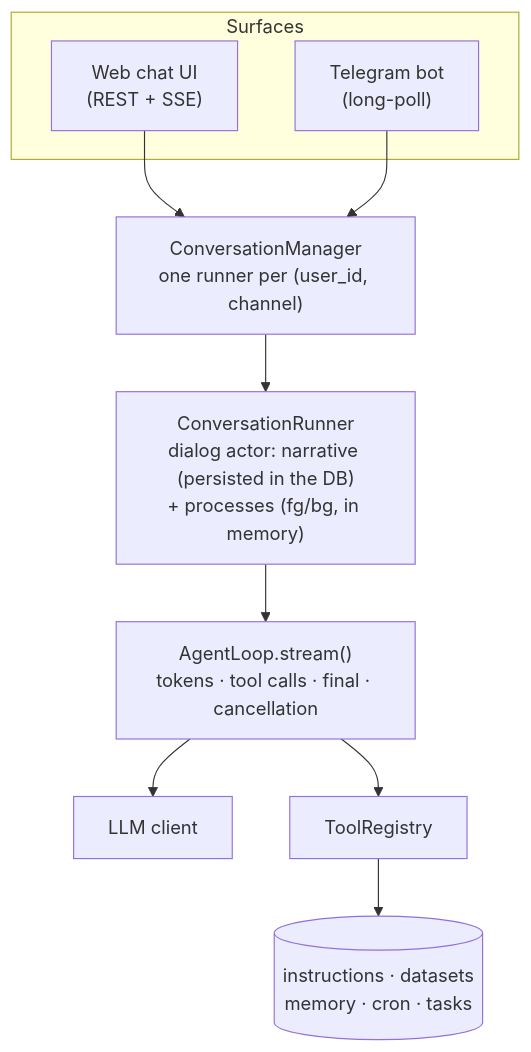
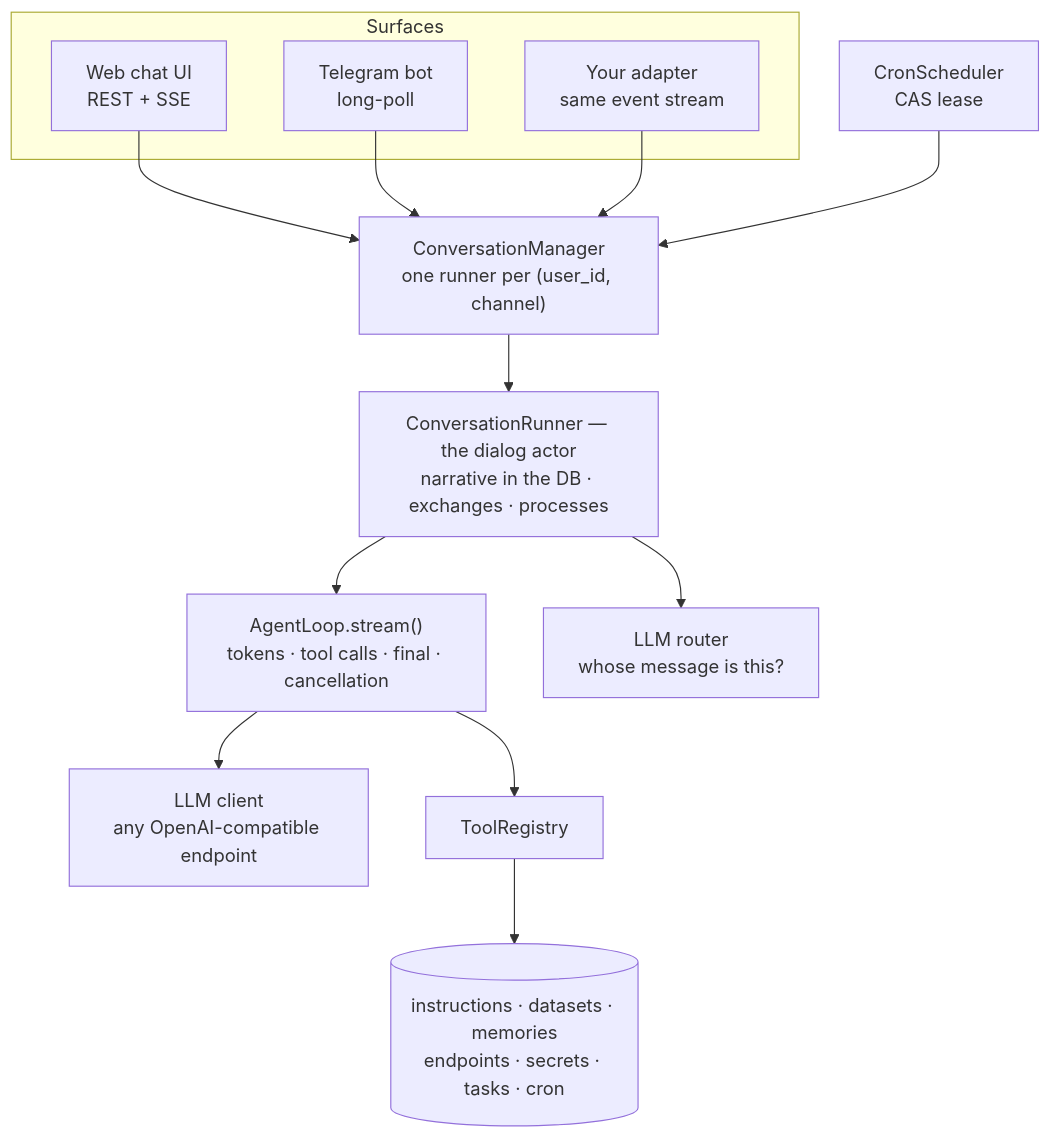
Before and after one commit to dmirain/OctoForge: the diagram in README.md, drawn with Mermaid. The commit also changed other lines of this file and 15 other files, not shown here.

````diff
--- a/README.md
+++ b/README.md
@@ -22,14 +211,18 @@
 ```mermaid
 flowchart TB
     subgraph Surfaces
-        WEB["Web chat UI\n(REST + SSE)"]
-        TG["Telegram bot\n(long-poll)"]
+        WEB["Web chat UI<br/>REST + SSE"]
+        TG["Telegram bot<br/>long-poll"]
+        YOURS["Your adapter<br/>same event stream"]
     end
     WEB --> CM
     TG --> CM
-    CM["ConversationManager\none runner per (user_id, channel)"] --> CR
-    CR["ConversationRunner\ndialog actor: narrative (persisted in the DB)\n+ processes (fg/bg, in memory)"] --> AL
-    AL["AgentLoop.stream()\ntokens · tool calls · final · cancellation"] --> LLM["LLM client"]
+    YOURS --> CM
+    CM["ConversationManager<br/>one runner per (user_id, channel)"] --> CR
+    CR["ConversationRunner — the dialog actor<br/>narrative in the DB · exchanges · processes"] --> AL
+    CR --> ROUTER["LLM router<br/>whose message is this?"]
+    AL["AgentLoop.stream()<br/>tokens · tool calls · final · cancellation"] --> LLM["LLM client<br/>any OpenAI-compatible endpoint"]
     AL --> TOOLS["ToolRegistry"]
-    TOOLS --> DB[("instructions · datasets\nmemory · cron · tasks")]
+    TOOLS --> DB[("instructions · datasets · memories<br/>endpoints · secrets · tasks · cron")]
+    CRON["CronScheduler<br/>CAS lease"] --> CM
 ```
````
